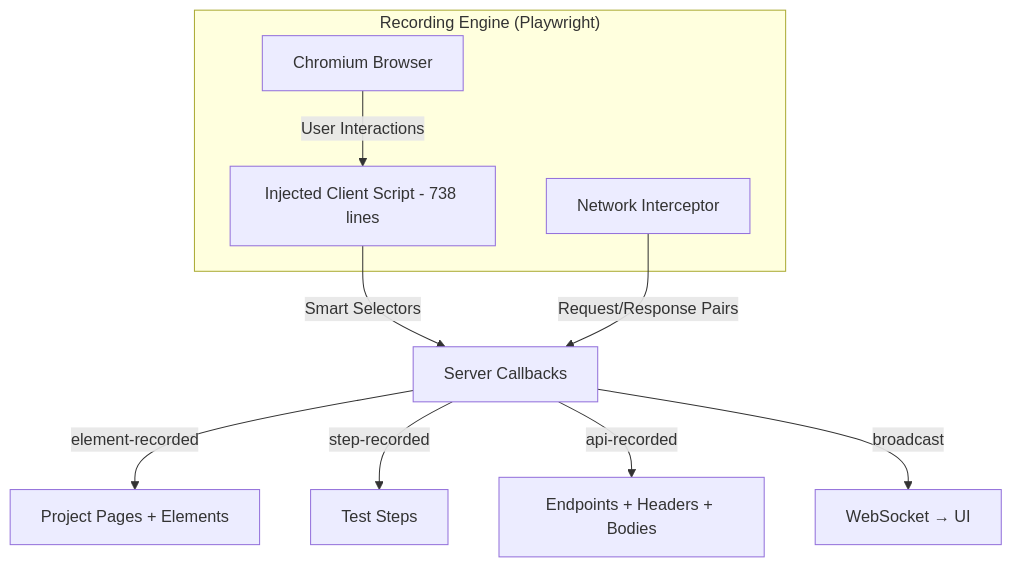
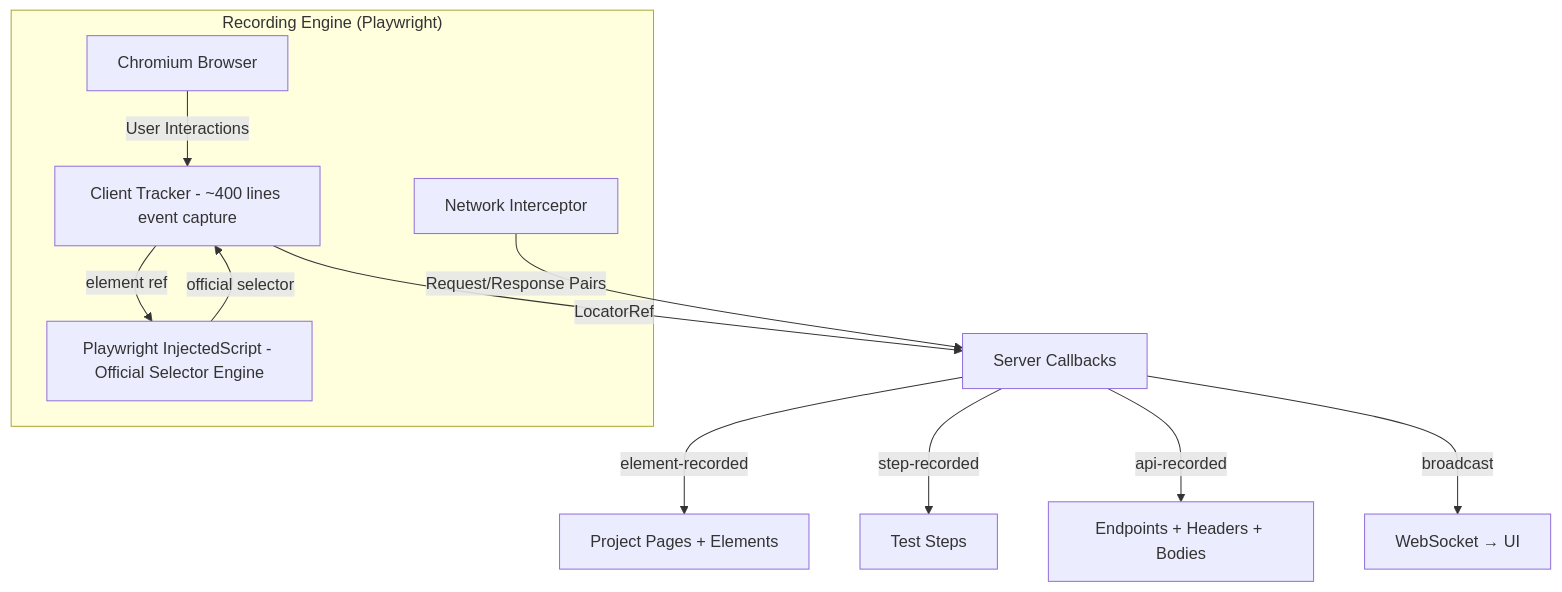
One commit to huangsx0213/e2e_test changed the fifth of 7 diagrams in docs/02-Architecture.md. Above: the diagram before and after it, drawn with Mermaid. The commit also changed other lines of this file and 7 other files, not shown here.

````diff
--- a/docs/02-Architecture.md
+++ b/docs/02-Architecture.md
@@ -487,16 +487,19 @@
 ```mermaid
 graph TD
     subgraph "Recording Engine (Playwright)"
         Browser[Chromium Browser]
-        Script[Injected Client Script - 738 lines]
+        Official[Playwright InjectedScript - Official Selector Engine]
+        Tracker[Client Tracker - ~400 lines event capture]
         Network[Network Interceptor]
     end
 
-    Browser -->|User Interactions| Script
-    Script -->|Smart Selectors| Callbacks[Server Callbacks]
+    Browser -->|User Interactions| Tracker
+    Tracker -->|element ref| Official
+    Official -->|official selector| Tracker
+    Tracker -->|LocatorRef| Callbacks[Server Callbacks]
     Network -->|Request/Response Pairs| Callbacks
     Callbacks -->|element-recorded| ProjectPages[Project Pages + Elements]
     Callbacks -->|step-recorded| TestSteps[Test Steps]
     Callbacks -->|api-recorded| ApiAssets[Endpoints + Headers + Bodies]
     Callbacks -->|broadcast| WS[WebSocket → UI]
 ```
````
